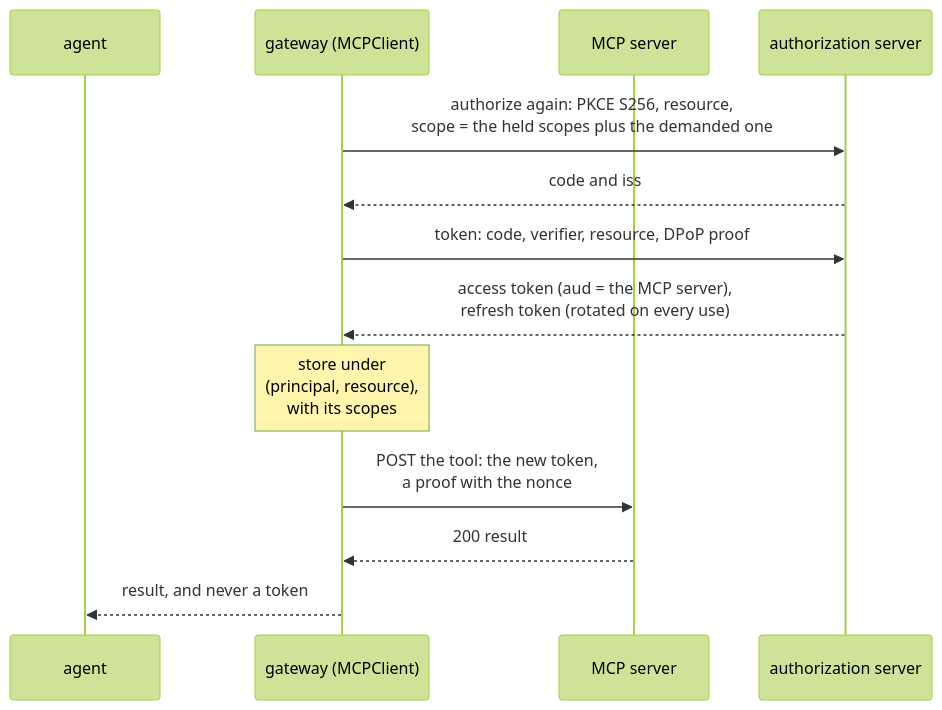
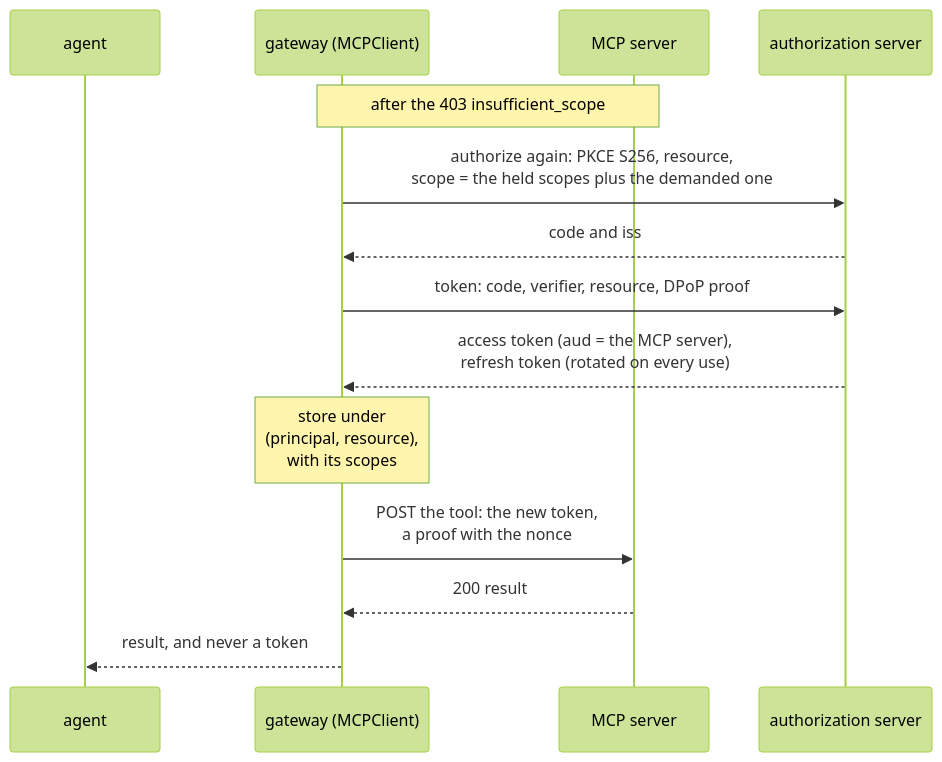
The ninth of 9 diagrams in 06-gateway/llm-gateway/PRIMER.md (aniryou/full-stack-agentic-engineer), drawn with Mermaid (forest theme) before and after one commit. The commit also changed other lines of this file and 340 other files, not shown here.

````diff
--- a/06-gateway/llm-gateway/PRIMER.md
+++ b/06-gateway/llm-gateway/PRIMER.md
@@ -1092,15 +1093,16 @@
 ```mermaid
 sequenceDiagram
     participant A as agent
     participant G as gateway (MCPClient)
     participant S as MCP server
     participant AS as authorization server
+    Note over G,S: after the 403 insufficient_scope
     G->>AS: authorize again: PKCE S256, resource,<br/>scope = the held scopes plus the demanded one
     AS-->>G: code and iss
     G->>AS: token: code, verifier, resource, DPoP proof
     AS-->>G: access token (aud = the MCP server),<br/>refresh token (rotated on every use)
     Note over G: store under<br/>(principal, resource),<br/>with its scopes
     G->>S: POST the tool: the new token,<br/>a proof with the nonce
     S-->>G: 200 result
     G-->>A: result, and never a token
 ```
````
